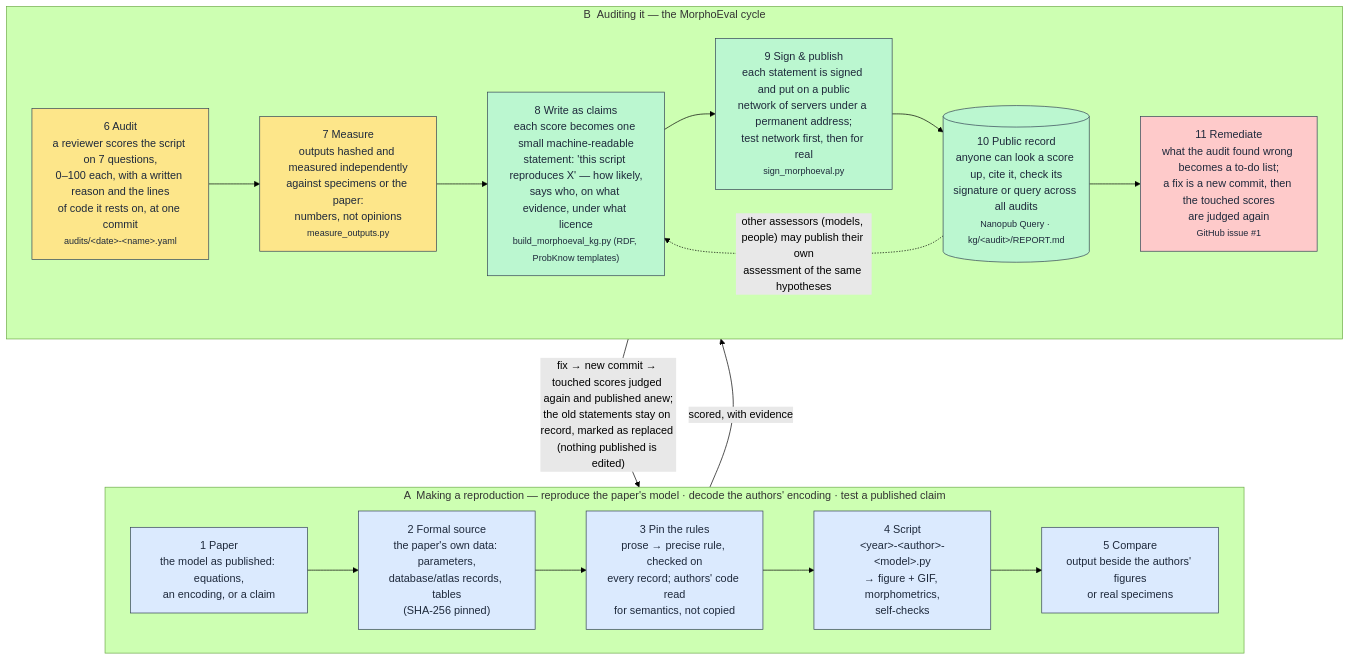
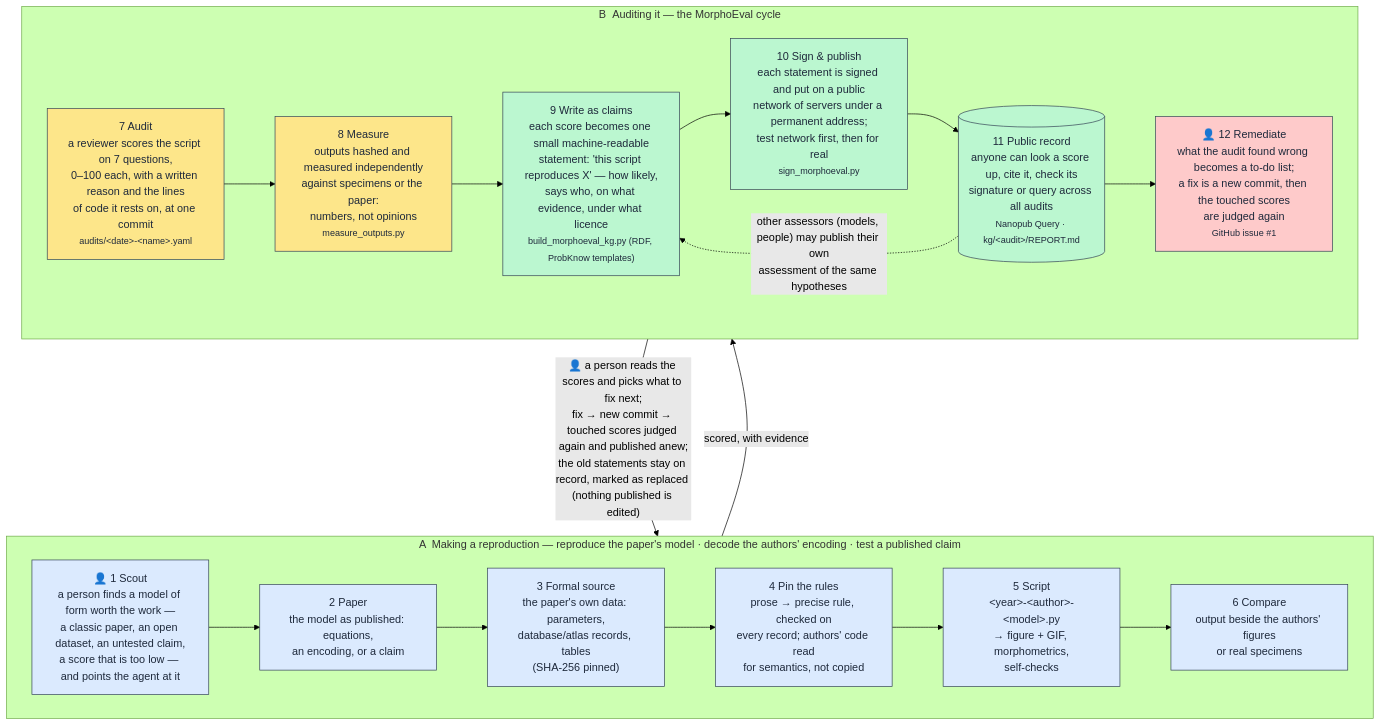
The diagram in morphoeval/README.md (fractastical/morpholib), drawn with Mermaid (forest theme) before and after one commit. The commit also changed other lines of this file and 5 other files, not shown here.

First line of the commit message:
Pipeline diagram: the loop starts with a person scouting

````diff
--- a/morphoeval/README.md
+++ b/morphoeval/README.md
@@ -55,32 +57,33 @@
 ```mermaid
 flowchart TB
     classDef build fill:#dbeafe,stroke:#334155,color:#1e293b
     classDef eval fill:#fde68a,stroke:#334155,color:#1e293b
     classDef pub fill:#bbf7d0,stroke:#334155,color:#1e293b
     classDef loop fill:#fecaca,stroke:#334155,color:#1e293b
 
     subgraph A["A &nbsp;Making a reproduction — reproduce the paper's model · decode the authors' encoding · test a published claim"]
         direction LR
-        P["1 Paper<br/>the model as published: equations,<br/>an encoding, or a claim"]:::build
-        S["2 Formal source<br/>the paper's own data: parameters,<br/>database/atlas records, tables<br/>(SHA-256 pinned)"]:::build
-        R["3 Pin the rules<br/>prose → precise rule, checked on<br/>every record; authors' code read<br/>for semantics, not copied"]:::build
-        X["4 Script<br/>&lt;year&gt;-&lt;author&gt;-&lt;model&gt;.py<br/>→ figure + GIF, morphometrics,<br/>self-checks"]:::build
-        C["5 Compare<br/>output beside the authors' figures<br/>or real specimens"]:::build
-        P --> S --> R --> X --> C
+        SC["👤 1 Scout<br/>a person finds a model of form worth the work —<br/>a classic paper, an open dataset, an untested claim,<br/>a score that is too low — and points the agent at it"]:::build
+        P["2 Paper<br/>the model as published: equations,<br/>an encoding, or a claim"]:::build
+        S["3 Formal source<br/>the paper's own data: parameters,<br/>database/atlas records, tables<br/>(SHA-256 pinned)"]:::build
+        R["4 Pin the rules<br/>prose → precise rule, checked on<br/>every record; authors' code read<br/>for semantics, not copied"]:::build
+        X["5 Script<br/>&lt;year&gt;-&lt;author&gt;-&lt;model&gt;.py<br/>→ figure + GIF, morphometrics,<br/>self-checks"]:::build
+        C["6 Compare<br/>output beside the authors' figures<br/>or real specimens"]:::build
+        SC --> P --> S --> R --> X --> C
     end
 
     subgraph B["B &nbsp;Auditing it — the MorphoEval cycle"]
         direction LR
-        AU["6 Audit<br/>a reviewer scores the script on 7 questions,<br/>0–100 each, with a written reason and the lines<br/>of code it rests on, at one commit<br/><small>audits/&lt;date&gt;-&lt;name&gt;.yaml</small>"]:::eval
-        M["7 Measure<br/>outputs hashed and measured independently<br/>against specimens or the paper:<br/>numbers, not opinions<br/><small>measure_outputs.py</small>"]:::eval
-        BG["8 Write as claims<br/>each score becomes one small machine-readable<br/>statement: 'this script reproduces X' — how likely,<br/>says who, on what evidence, under what licence<br/><small>build_morphoeval_kg.py (RDF, ProbKnow templates)</small>"]:::pub
-        PU["9 Sign &amp; publish<br/>each statement is signed and put on a public<br/>network of servers under a permanent address;<br/>test network first, then for real<br/><small>sign_morphoeval.py</small>"]:::pub
-        G[("10 Public record<br/>anyone can look a score up, cite it, check its<br/>signature or query across all audits<br/><small>Nanopub Query · kg/&lt;audit&gt;/REPORT.md</small>")]:::pub
-        T["11 Remediate<br/>what the audit found wrong becomes a to-do list;<br/>a fix is a new commit, then the touched scores<br/>are judged again<br/><small>GitHub issue #1</small>"]:::loop
+        AU["7 Audit<br/>a reviewer scores the script on 7 questions,<br/>0–100 each, with a written reason and the lines<br/>of code it rests on, at one commit<br/><small>audits/&lt;date&gt;-&lt;name&gt;.yaml</small>"]:::eval
+        M["8 Measure<br/>outputs hashed and measured independently<br/>against specimens or the paper:<br/>numbers, not opinions<br/><small>measure_outputs.py</small>"]:::eval
+        BG["9 Write as claims<br/>each score becomes one small machine-readable<br/>statement: 'this script reproduces X' — how likely,<br/>says who, on what evidence, under what licence<br/><small>build_morphoeval_kg.py (RDF, ProbKnow templates)</small>"]:::pub
+        PU["10 Sign &amp; publish<br/>each statement is signed and put on a public<br/>network of servers under a permanent address;<br/>test network first, then for real<br/><small>sign_morphoeval.py</small>"]:::pub
+        G[("11 Public record<br/>anyone can look a score up, cite it, check its<br/>signature or query across all audits<br/><small>Nanopub Query · kg/&lt;audit&gt;/REPORT.md</small>")]:::pub
+        T["👤 12 Remediate<br/>what the audit found wrong becomes a to-do list;<br/>a fix is a new commit, then the touched scores<br/>are judged again<br/><small>GitHub issue #1</small>"]:::loop
         AU --> M --> BG --> PU --> G --> T
     end
 
     C -- scored, with evidence --> AU
-    T -- "fix → new commit → touched scores judged again and published anew;<br/>the old statements stay on record, marked as replaced (nothing published is edited)" --> X
+    T -- "👤 a person reads the scores and picks what to fix next;<br/>fix → new commit → touched scores judged again and published anew;<br/>the old statements stay on record, marked as replaced (nothing published is edited)" --> X
     G -. other assessors (models, people) may publish their own<br/>assessment of the same hypotheses .-> BG
 ```
````
